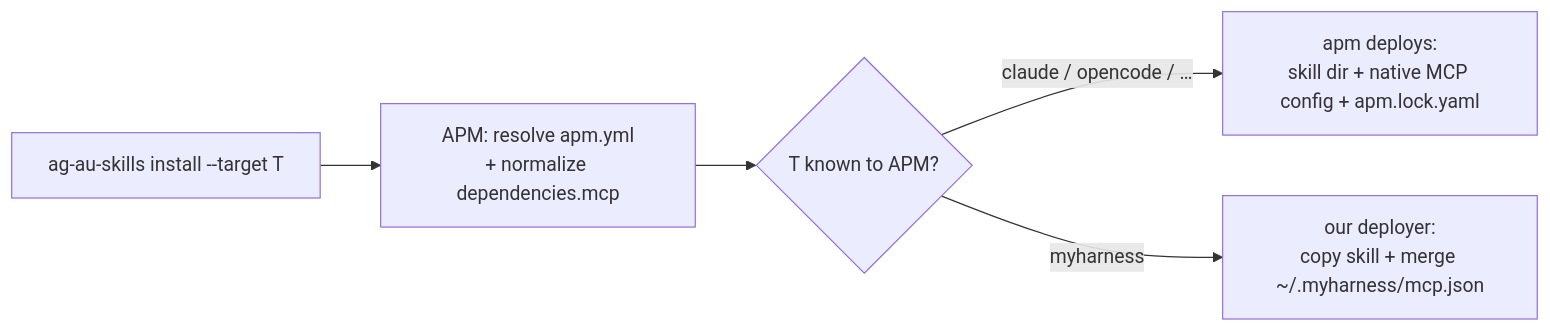
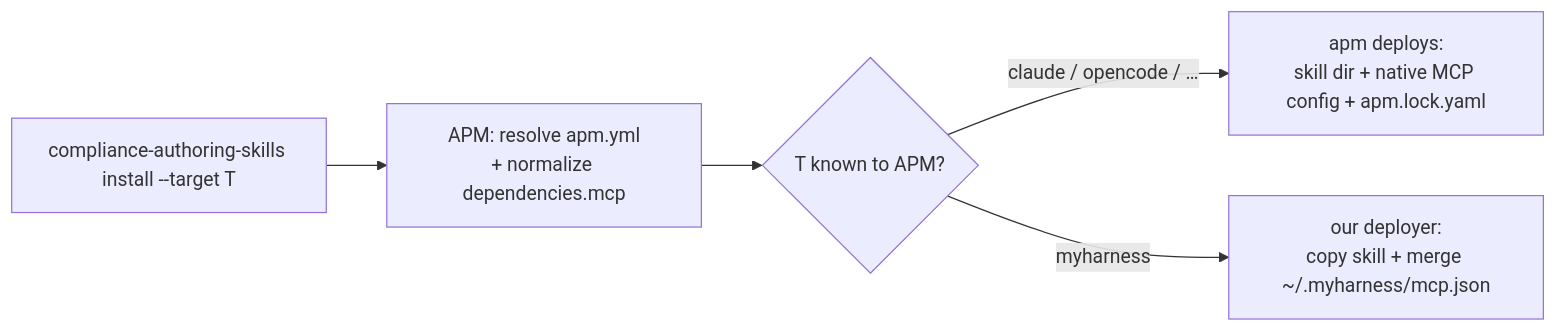
Before and after one commit to oscal-compass/agentic-agile-authoring: the diagram in docs/architecture.md, drawn with Mermaid. The commit also changed other lines of this file and 29 other files, not shown here.

First line of the commit message:
rename ag-au-skills -> compliance-authoring-skills

````diff
--- a/docs/architecture.md
+++ b/docs/architecture.md
@@ -48,7 +48,7 @@
 ```mermaid
 graph LR
-    A["ag-au-skills install --target T"] --> B["APM: resolve apm.yml<br/>+ normalize dependencies.mcp"]
+    A["compliance-authoring-skills install --target T"] --> B["APM: resolve apm.yml<br/>+ normalize dependencies.mcp"]
     B --> C{"T known to APM?"}
     C -->|"claude / opencode / …"| D["apm deploys:<br/>skill dir + native MCP config + apm.lock.yaml"]
     C -->|"myharness"| E["our deployer:<br/>copy skill + merge ~/.myharness/mcp.json"]
 ```
````
